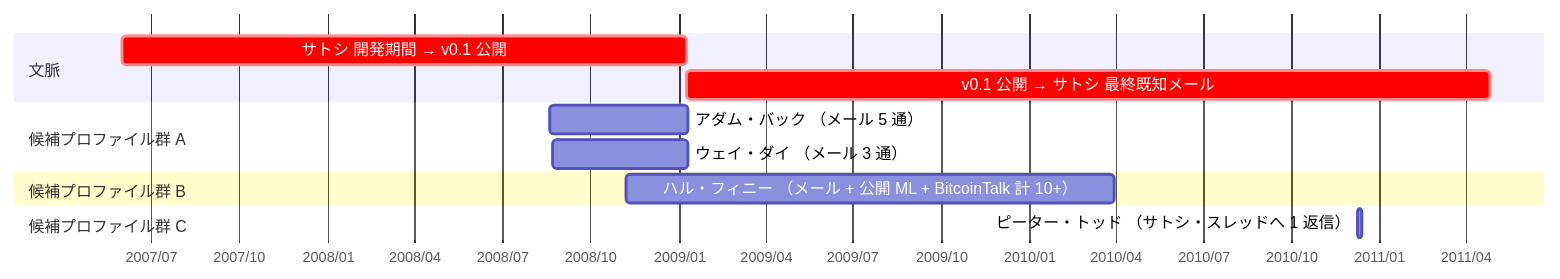
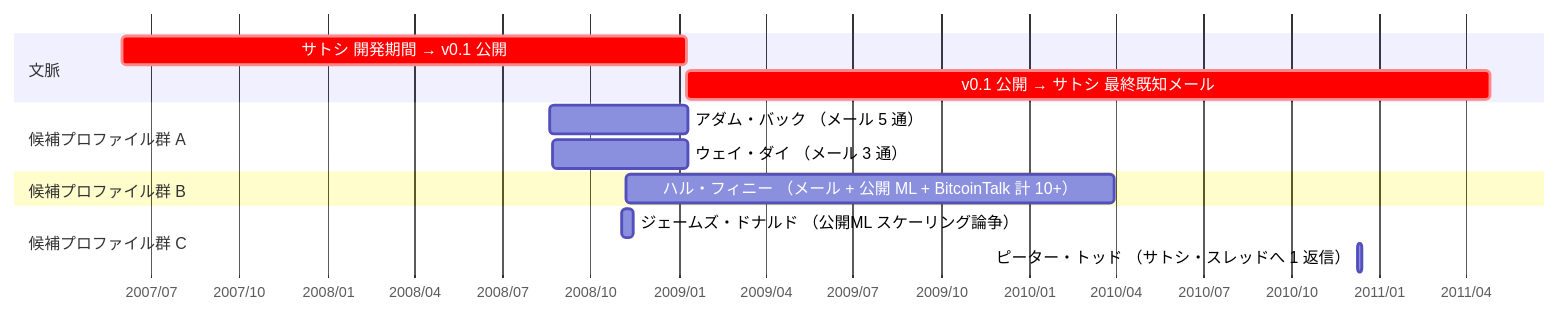
Before and after one commit to cypher256/BitcoinArchive: the second of 2 diagrams in src/data/translations/ja/analysis/2008-10-31-satoshi-identity-hypotheses-overview.md, drawn with Mermaid. The commit also changed other lines of this file and 13 other files, not shown here.

````diff
--- a/src/data/translations/ja/analysis/2008-10-31-satoshi-identity-hypotheses-overview.md
+++ b/src/data/translations/ja/analysis/2008-10-31-satoshi-identity-hypotheses-overview.md
@@ -212,19 +224,20 @@
 ```mermaid
 gantt
     dateFormat YYYY-MM-DD
     axisFormat %Y/%m
 
     section 文脈
     サトシ 開発期間 → v0.1 公開 :crit, 2007-06-01, 2009-01-09
     v0.1 公開 → サトシ 最終既知メール :crit, 2009-01-09, 2011-04-26
 
     section 候補プロファイル群 A
     アダム・バック （メール 5 通） :2008-08-20, 2009-01-11
     ウェイ・ダイ （メール 3 通） :2008-08-22, 2009-01-11
 
     section 候補プロファイル群 B
     ハル・フィニー （メール + 公開 ML + BitcoinTalk 計 10+） :2008-11-07, 2010-03-31
 
     section 候補プロファイル群 C
+    ジェームズ・ドナルド （公開ML スケーリング論争） :2008-11-02, 2008-11-15
     ピーター・トッド （サトシ・スレッドへ 1 返信） :2010-12-09, 2010-12-13
 ```
````
